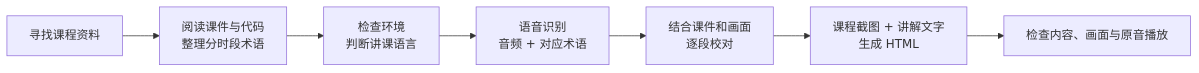
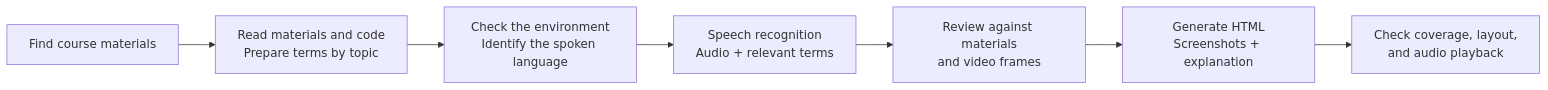
One commit to diediray/video-lesson-to-html changed the diagram in README.md. Above: the diagram before and after it, drawn with Mermaid. The commit also changed other lines of this file and 1 other file, not shown here.

````diff
--- a/README.md
+++ b/README.md
@@ -13,9 +15,9 @@
 ```mermaid
 flowchart LR
-    A[寻找课程资料] --> B[阅读课件与代码<br/>整理分时段术语]
-    B --> C[检查环境<br/>判断讲课语言]
-    C --> D[语音识别<br/>音频 + 对应术语]
-    D --> E[结合课件和画面<br/>逐段校对]
-    E --> F[课程截图 + 讲解文字<br/>生成 HTML]
-    F --> G[检查内容、画面与原音播放]
+    A[Find course materials] --> B[Read materials and code<br/>Prepare terms by topic]
+    B --> C[Check the environment<br/>Identify the spoken language]
+    C --> D[Speech recognition<br/>Audio + relevant terms]
+    D --> E[Review against materials<br/>and video frames]
+    E --> F[Generate HTML<br/>Screenshots + explanation]
+    F --> G[Check coverage, layout,<br/>and audio playback]
 ```
````
